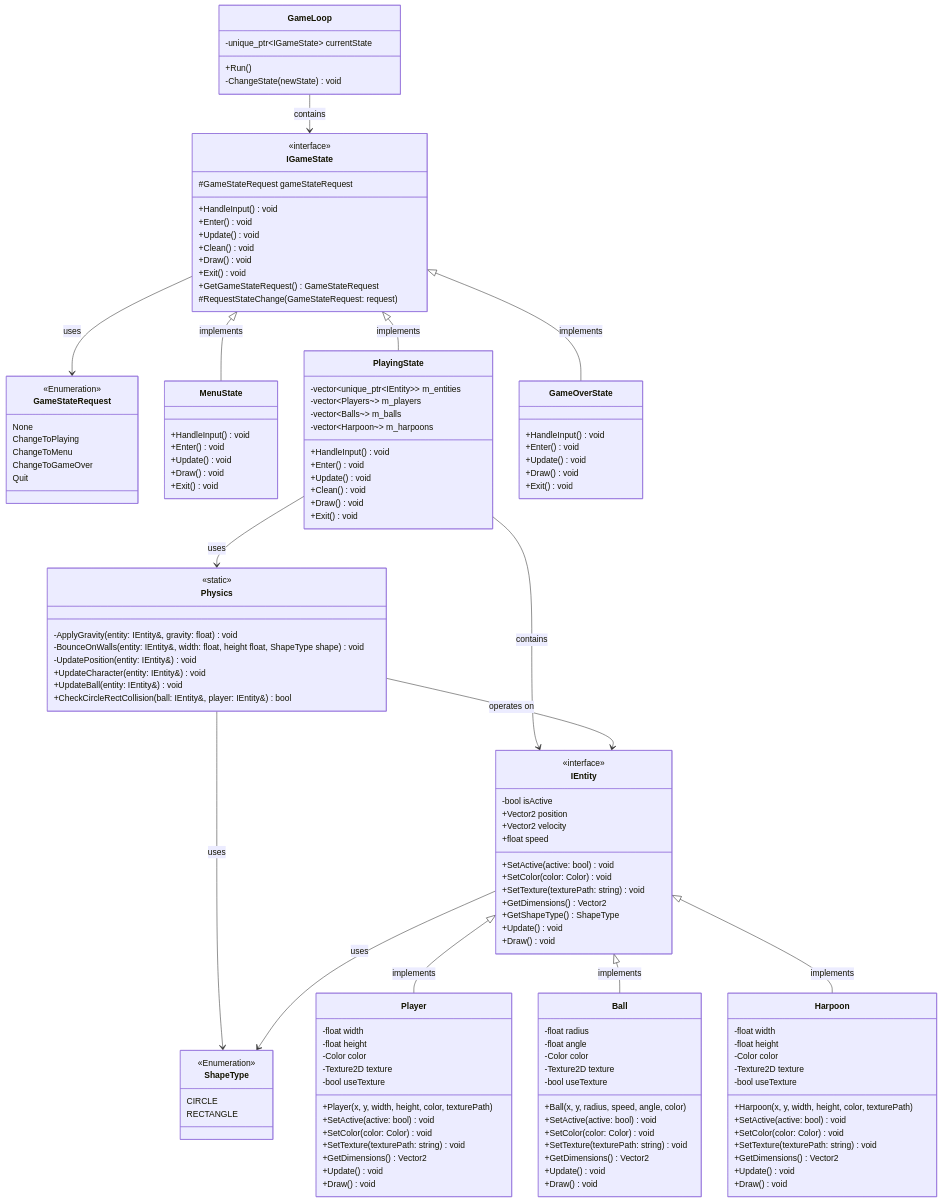
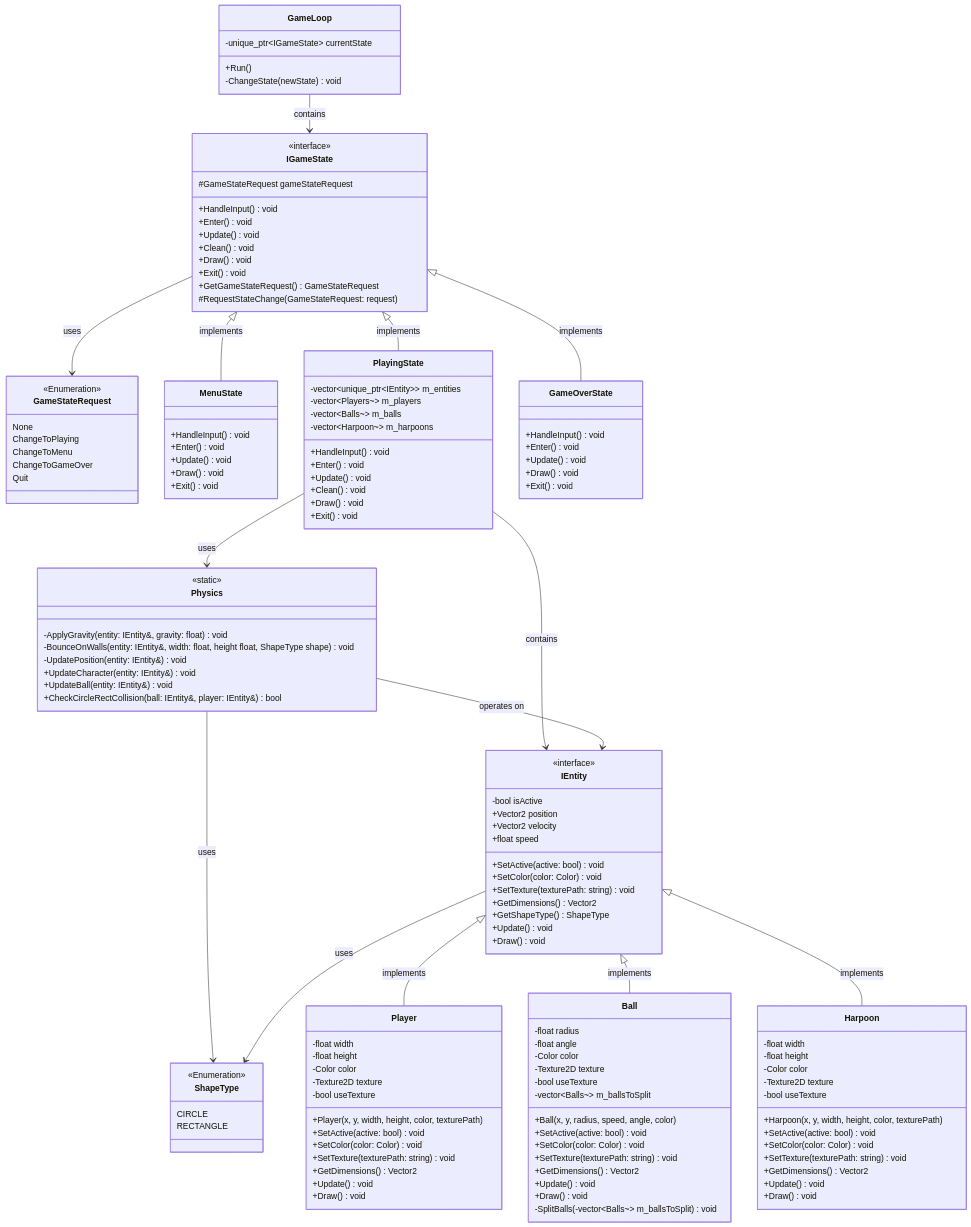
The diagram in diagrams/classDiagram.md (dciuca/cppang), drawn with Mermaid before and after one commit. The commit also changed 3 other files, not shown here.

Commit message:
Added the PlayingState::SplitBalls method

```diff
--- a/diagrams/classDiagram.md
+++ b/diagrams/classDiagram.md
@@ -99,6 +99,7 @@
         -Color color
         -Texture2D texture
         -bool useTexture
+        -vector~Balls~~ m_ballsToSplit
         +Ball(x, y, radius, speed, angle, color)
         +SetActive(active: bool) void
         +SetColor(color: Color) void
@@ -106,6 +107,7 @@
         +GetDimensions() Vector2
         +Update() void
         +Draw() void
+        -SplitBalls(-vector~Balls~~ m_ballsToSplit) void
     }
 
     class Harpoon {
```
